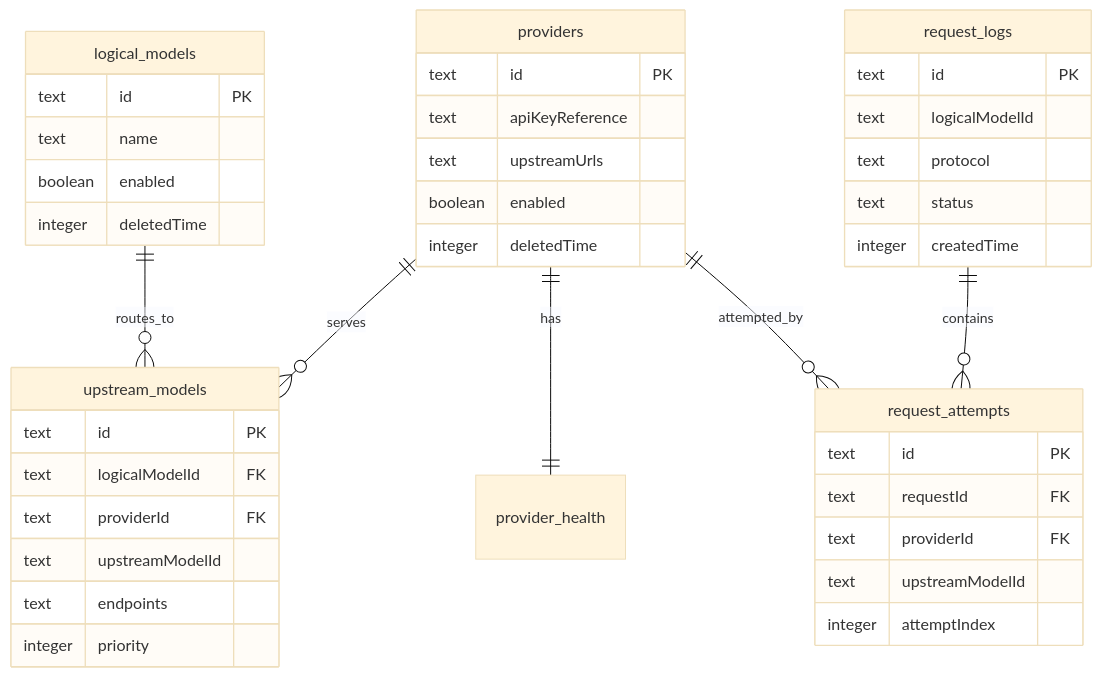
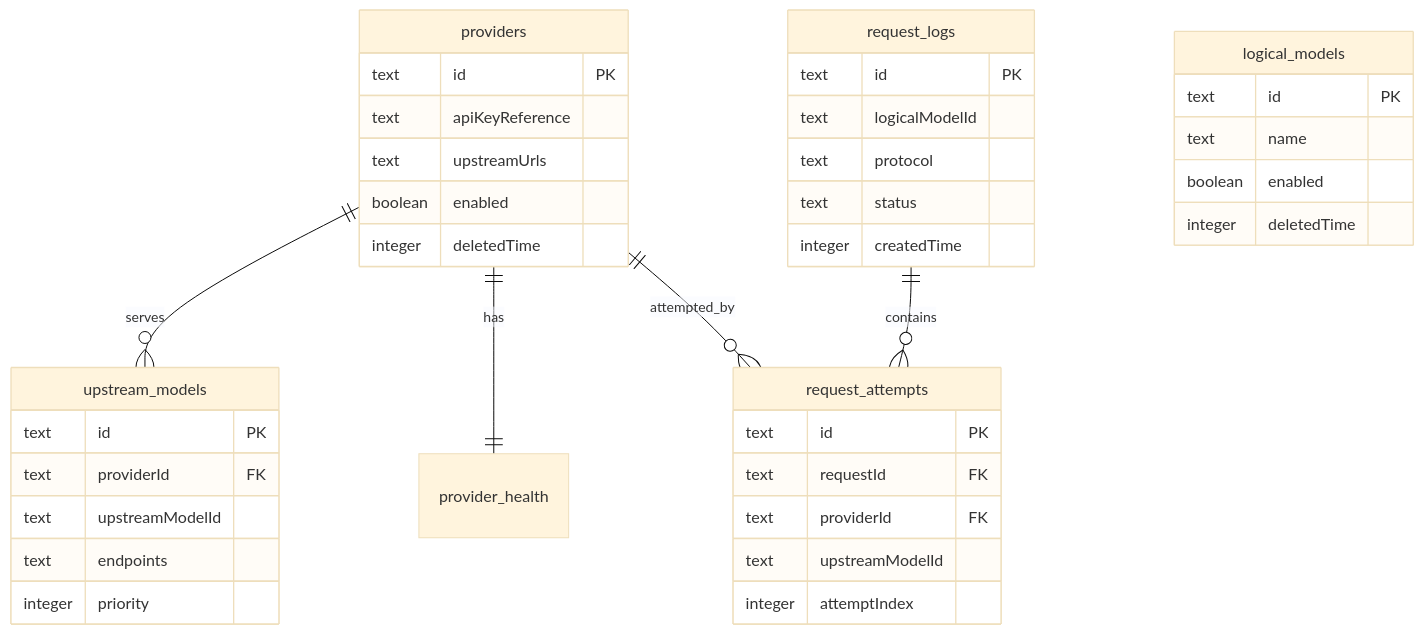
Before and after one commit to yinxulai/one-switch: the diagram in specs/data-model.md, drawn with Mermaid (base theme). The commit also changed other lines of this file and 35 other files, not shown here.

Commit message:
refactor: make upstream models a globally shared queue and drop the binding to logical models

````diff
--- a/specs/data-model.md
+++ b/specs/data-model.md
@@ -38,44 +38,42 @@
 ```mermaid
 erDiagram
-  logical_models ||--o{ upstream_models : routes_to
   providers ||--o{ upstream_models : serves
   providers ||--|| provider_health : has
   request_logs ||--o{ request_attempts : contains
   providers ||--o{ request_attempts : attempted_by
 
   logical_models {
     text id PK
     text name
     boolean enabled
     integer deletedTime
   }
   providers {
     text id PK
     text apiKeyReference
     text upstreamUrls
     boolean enabled
     integer deletedTime
   }
   upstream_models {
     text id PK
-    text logicalModelId FK
     text providerId FK
     text upstreamModelId
     text endpoints
     integer priority
   }
   request_logs {
     text id PK
     text logicalModelId
     text protocol
     text status
     integer createdTime
   }
   request_attempts {
     text id PK
     text requestId FK
     text providerId FK
     text upstreamModelId
     integer attemptIndex
   }
 ```
````
